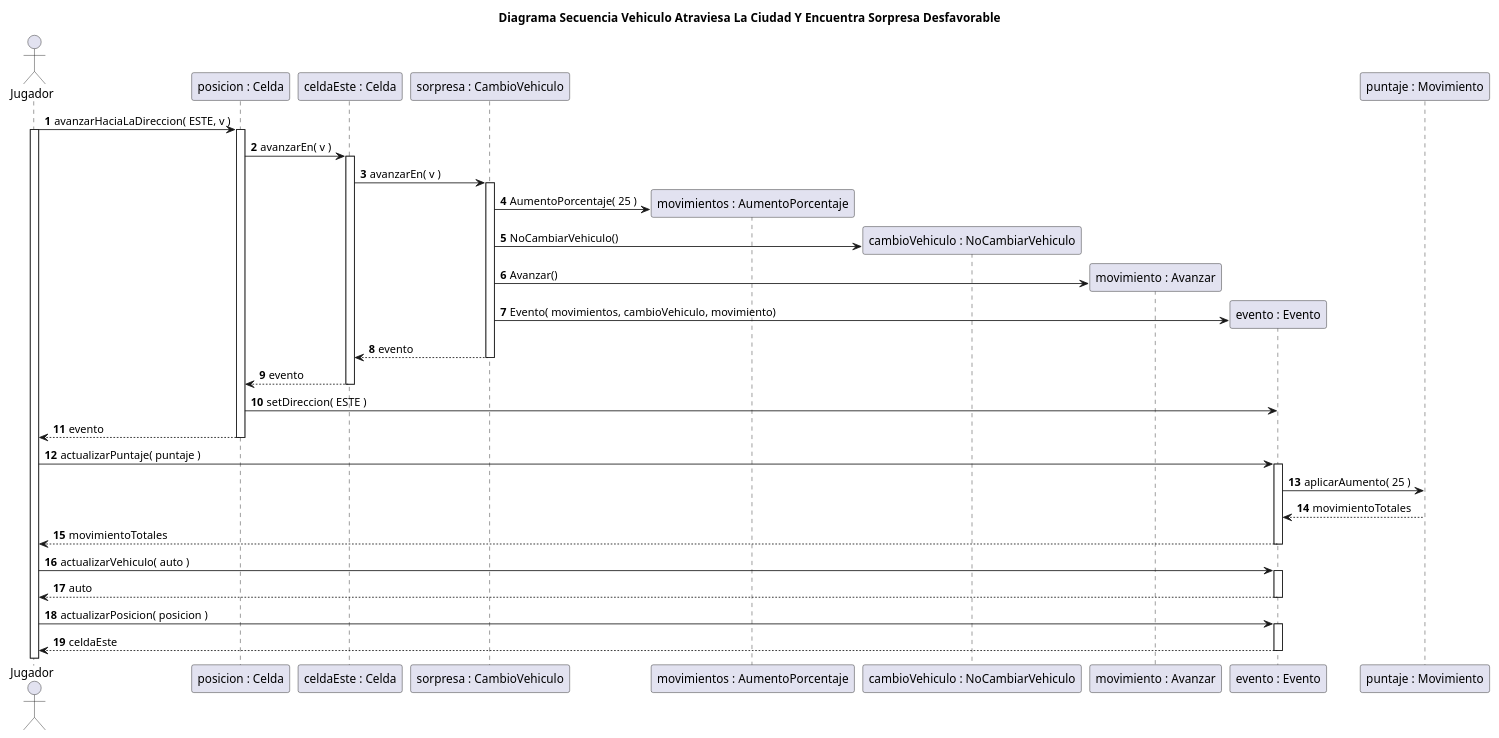
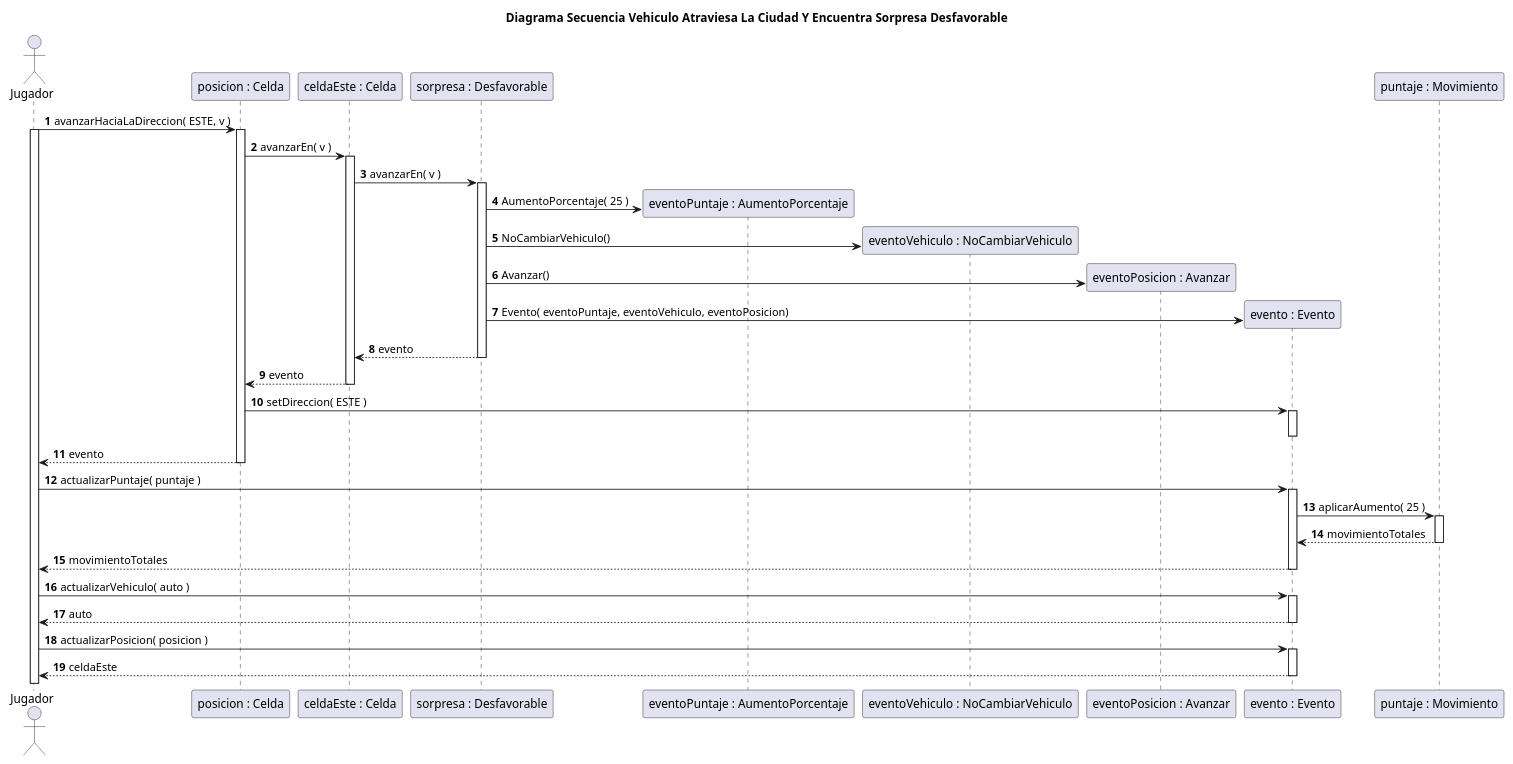
The diagram in diagrams/sequences/entrega2/CasoVehiculoAtraviesaLaCiudadYEncuentraSorpresaDesfavorable.puml (rodrigovzq/algo3_tp2), drawn with PlantUML before and after one commit. The commit also changed 10 other files, not shown here.

Commit message:
Actualizacion diagramas de Secuencia

```diff
--- a/diagrams/sequences/entrega2/CasoVehiculoAtraviesaLaCiudadYEncuentraSorpresaDesfavorable.puml
+++ b/diagrams/sequences/entrega2/CasoVehiculoAtraviesaLaCiudadYEncuentraSorpresaDesfavorable.puml
@@ -1,47 +1,51 @@
 @startuml
 title Diagrama Secuencia Vehiculo Atraviesa La Ciudad Y Encuentra Sorpresa Desfavorable
 
 autonumber
 
 actor Jugador
 
 Jugador -> "posicion : Celda"++: avanzarHaciaLaDireccion( ESTE, v )
 
 activate Jugador
 "posicion : Celda" -> "celdaEste : Celda"++: avanzarEn( v )
 
 
-"celdaEste : Celda" -> "sorpresa : CambioVehiculo"++: avanzarEn( v )
+"celdaEste : Celda" -> "sorpresa : Desfavorable"++: avanzarEn( v )
 
-create "movimientos : AumentoPorcentaje"
-"sorpresa : CambioVehiculo"-> "movimientos : AumentoPorcentaje": AumentoPorcentaje( 25 )
+create "eventoPuntaje : AumentoPorcentaje"
+"sorpresa : Desfavorable"-> "eventoPuntaje : AumentoPorcentaje": AumentoPorcentaje( 25 )
 
-create "cambioVehiculo : NoCambiarVehiculo"
-"sorpresa : CambioVehiculo" -> "cambioVehiculo : NoCambiarVehiculo": NoCambiarVehiculo()
+create "eventoVehiculo : NoCambiarVehiculo"
+"sorpresa : Desfavorable" -> "eventoVehiculo : NoCambiarVehiculo": NoCambiarVehiculo()
 
-create "movimiento : Avanzar"
-"sorpresa : CambioVehiculo"  -> "movimiento : Avanzar": Avanzar()
+create "eventoPosicion : Avanzar"
+"sorpresa : Desfavorable"  -> "eventoPosicion : Avanzar": Avanzar()
 
 create "evento : Evento"
-"sorpresa : CambioVehiculo"  -> "evento : Evento": Evento( movimientos, cambioVehiculo, movimiento)
+"sorpresa : Desfavorable"  -> "evento : Evento": Evento( eventoPuntaje, eventoVehiculo, eventoPosicion)
 
-"sorpresa : CambioVehiculo" --> "celdaEste : Celda"--: evento
+"sorpresa : Desfavorable" --> "celdaEste : Celda"--: evento
 
 "celdaEste : Celda" --> "posicion : Celda": evento
 deactivate "celdaEste : Celda"
-"posicion : Celda" -> "evento : Evento": setDireccion( ESTE )
+
+
+"posicion : Celda" -> "evento : Evento"++: setDireccion( ESTE )
+deactivate "evento : Evento"
 "posicion : Celda" --> Jugador--: evento
 
 
 Jugador -> "evento : Evento"++: actualizarPuntaje( puntaje )
-"evento : Evento" -> "puntaje : Movimiento": aplicarAumento( 25 )
+"evento : Evento" -> "puntaje : Movimiento"++: aplicarAumento( 25 )
 "puntaje : Movimiento" --> "evento : Evento": movimientoTotales
+deactivate "puntaje : Movimiento"
 Jugador <-- "evento : Evento"--: movimientoTotales
 
 Jugador -> "evento : Evento"++: actualizarVehiculo( auto )
 Jugador <-- "evento : Evento"--: auto
 
 Jugador -> "evento : Evento"++: actualizarPosicion( posicion )
 Jugador <-- "evento : Evento"--: celdaEste
 
 @enduml
```
